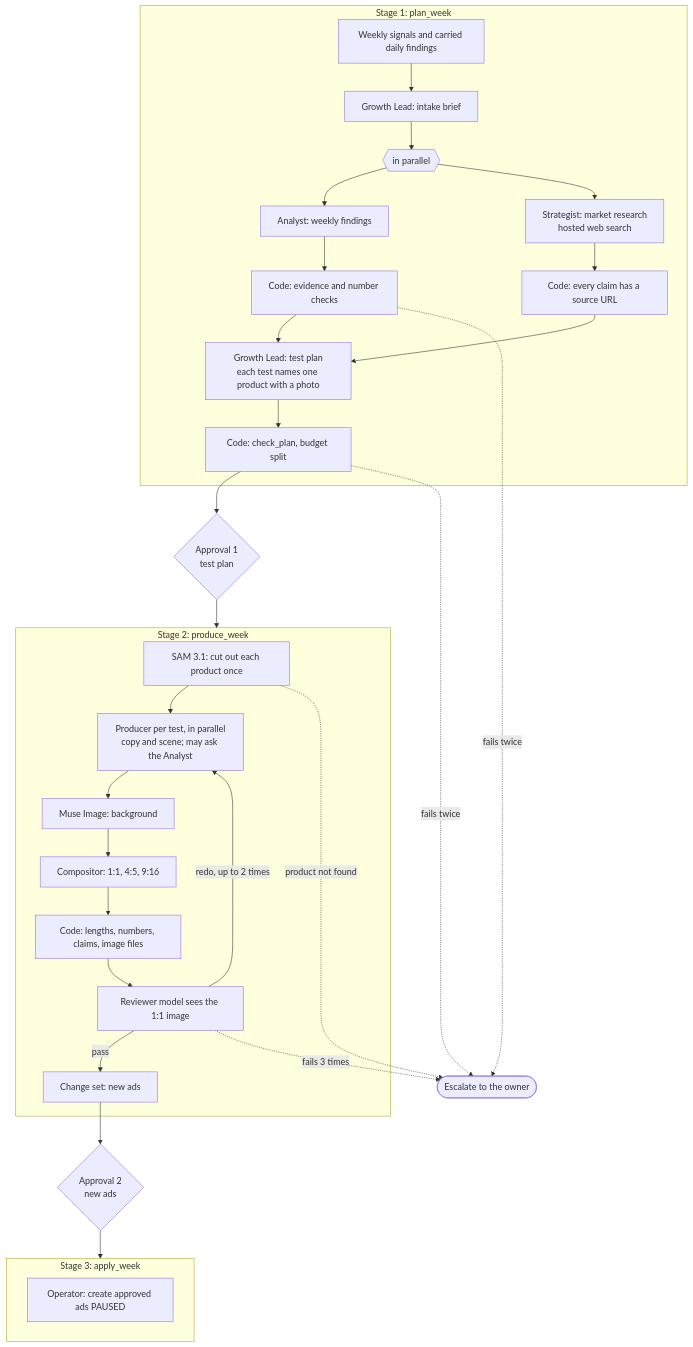
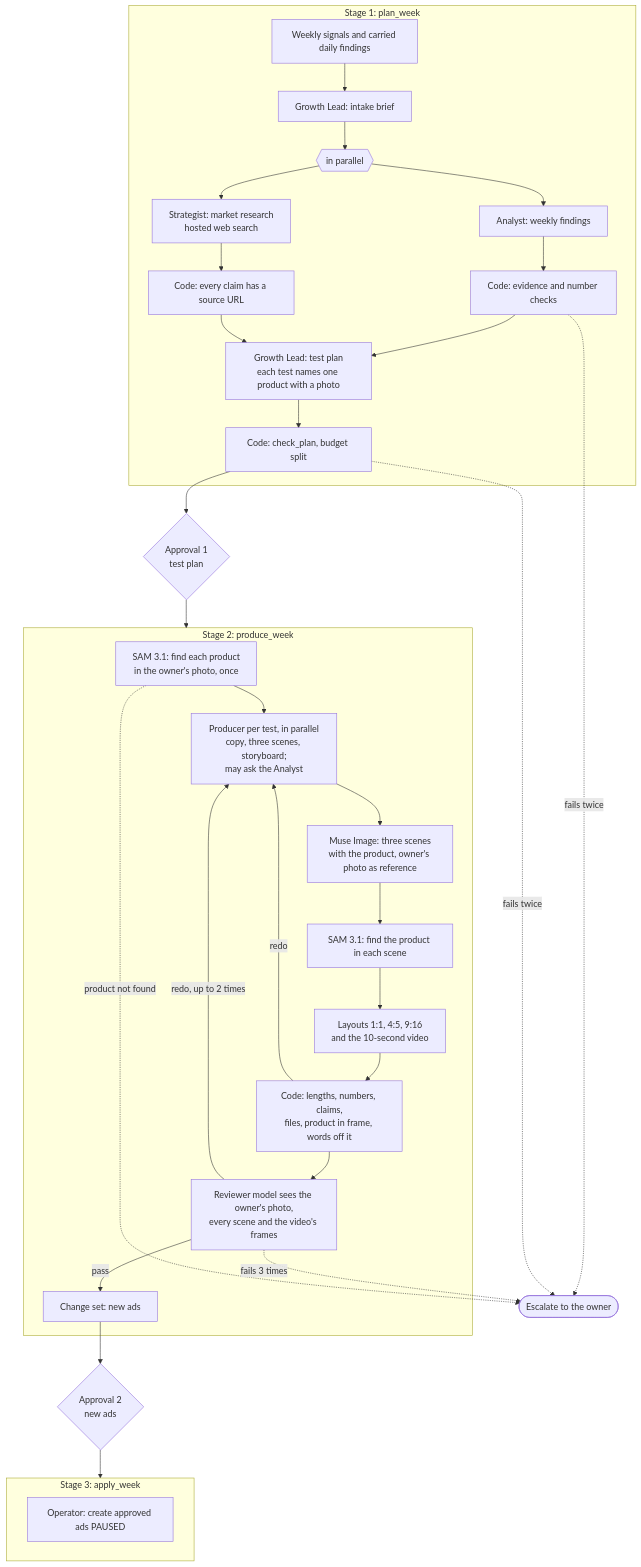
The fourth of 8 diagrams in docs/architecture.md (Jieyi-Deng/agent-beans), drawn with Mermaid before and after one commit. The commit also changed other lines of this file and 282 other files, not shown here.

````diff
--- a/docs/architecture.md
+++ b/docs/architecture.md
@@ -146,38 +146,40 @@
 ```mermaid
 flowchart TB
     subgraph s1["Stage 1: plan_week"]
         sig["Weekly signals and carried daily findings"] --> intake["Growth Lead: intake brief"]
         intake --> par{{"in parallel"}}
         par --> wf["Analyst: weekly findings"]
         par --> rs["Strategist: market research<br/>hosted web search"]
         wf --> ck1["Code: evidence and number checks"]
         rs --> ck2["Code: every claim has a source URL"]
         ck1 & ck2 --> plan["Growth Lead: test plan<br/>each test names one product with a photo"]
         plan --> ck3["Code: check_plan, budget split"]
     end
 
     ck3 --> ap1{"Approval 1<br/>test plan"}
 
     subgraph s2["Stage 2: produce_week"]
-        seg["SAM 3.1: cut out each product once"] --> prod
-        prod["Producer per test, in parallel<br/>copy and scene; may ask the Analyst"] --> bg["Muse Image: background"]
-        bg --> comp["Compositor: 1:1, 4:5, 9:16"]
-        comp --> ck4["Code: lengths, numbers, claims, image files"]
-        ck4 --> vis["Reviewer model sees the 1:1 image"]
+        seg["SAM 3.1: find each product<br/>in the owner's photo, once"] --> prod
+        prod["Producer per test, in parallel<br/>copy, three scenes, storyboard;<br/>may ask the Analyst"] --> mi["Muse Image: three scenes<br/>with the product, owner's photo as reference"]
+        mi --> sam2["SAM 3.1: find the product in each scene"]
+        sam2 --> comp["Layouts 1:1, 4:5, 9:16<br/>and the 10-second video"]
+        comp --> ck4["Code: lengths, numbers, claims,<br/>files, product in frame, words off it"]
+        ck4 --> vis["Reviewer model sees the owner's photo,<br/>every scene and the video's frames"]
+        ck4 -- "redo" --> prod
         vis -- "redo, up to 2 times" --> prod
         vis -- "pass" --> cs["Change set: new ads"]
     end
 
     ap1 --> s2
     cs --> ap2{"Approval 2<br/>new ads"}
 
     subgraph s3["Stage 3: apply_week"]
         opw["Operator: create approved ads PAUSED"]
     end
 
     ap2 --> s3
     ck1 -. "fails twice" .-> esc(["Escalate to the owner"])
     ck3 -. "fails twice" .-> esc
     vis -. "fails 3 times" .-> esc
     seg -. "product not found" .-> esc
 ```
````
